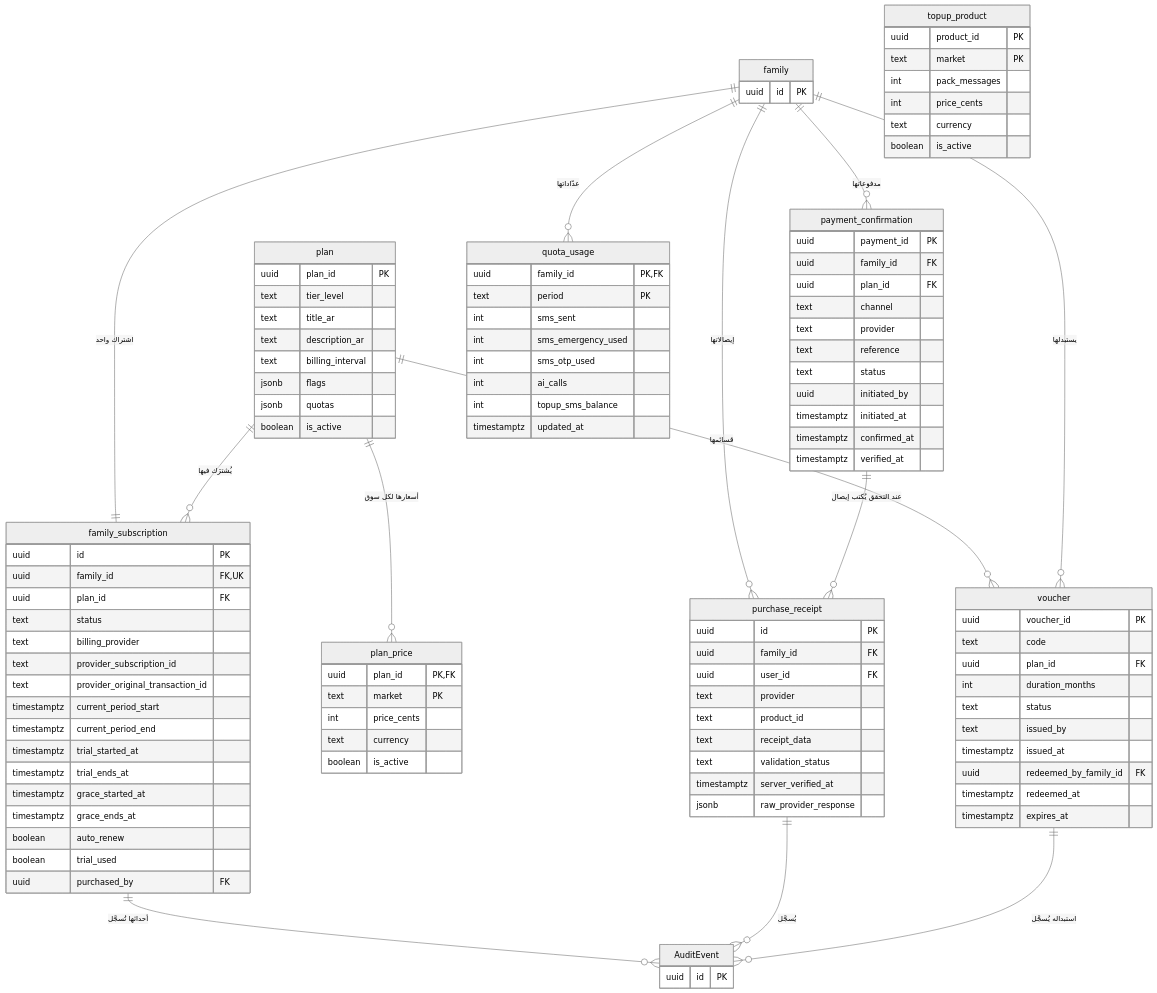
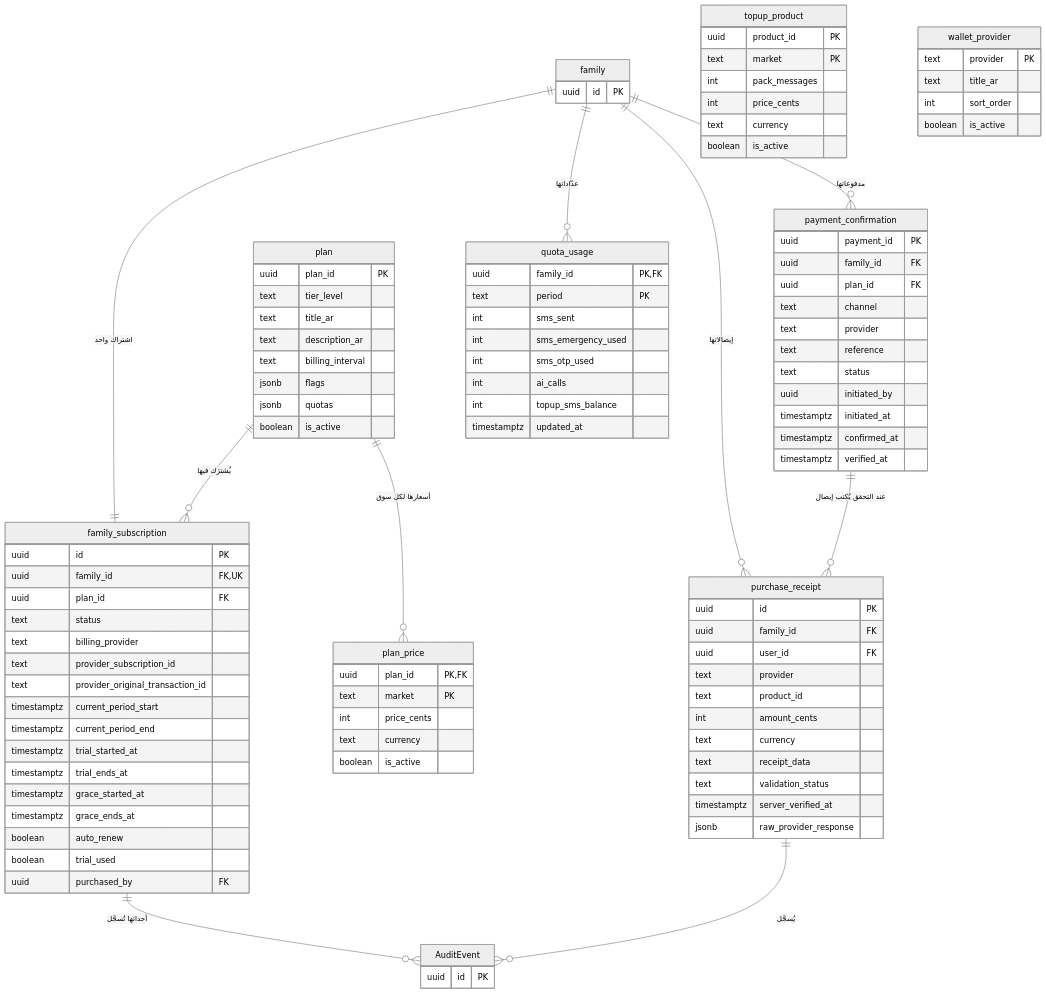
One commit to Bassam-mohammed-alqaeadi/family-os-v2 changed the second of 12 diagrams in docs/family-os/governance/phases/phase-1/S1-04-plans-and-subscriptions/DIAGRAMS.md. Above: the diagram before and after it, drawn with Mermaid (neutral theme). The commit also changed other lines of this file and 32 other files, not shown here.

```diff
--- a/docs/family-os/governance/phases/phase-1/S1-04-plans-and-subscriptions/DIAGRAMS.md
+++ b/docs/family-os/governance/phases/phase-1/S1-04-plans-and-subscriptions/DIAGRAMS.md
@@ -80,15 +75,12 @@
     family ||--|| family_subscription : "اشتراك واحد"
     plan ||--o{ family_subscription : "يُشترَك فيها"
     plan ||--o{ plan_price : "أسعارها لكل سوق"
-    plan ||--o{ voucher : "قسائمها"
     family ||--o{ purchase_receipt : "إيصالاتها"
     family ||--o{ payment_confirmation : "مدفوعاتها"
     payment_confirmation ||--o{ purchase_receipt : "عند التحقق يُكتب إيصال"
     family ||--o{ quota_usage : "عدّاداتها"
-    family ||--o{ voucher : "يستبدلها"
     family_subscription ||--o{ AuditEvent : "أحداثها تُسجَّل"
     purchase_receipt ||--o{ AuditEvent : "يُسجَّل"
-    voucher ||--o{ AuditEvent : "استبداله يُسجَّل"
 
     plan {
         uuid plan_id PK
@@ -139,6 +131,8 @@
         uuid user_id FK
         text provider
         text product_id
+        int amount_cents
+        text currency
         text receipt_data
         text validation_status
         timestamptz server_verified_at
@@ -157,17 +151,11 @@
         timestamptz confirmed_at
         timestamptz verified_at
     }
-    voucher {
-        uuid voucher_id PK
-        text code
-        uuid plan_id FK
-        int duration_months
-        text status
-        text issued_by
-        timestamptz issued_at
-        uuid redeemed_by_family_id FK
-        timestamptz redeemed_at
-        timestamptz expires_at
+    wallet_provider {
+        text provider PK
+        text title_ar
+        int sort_order
+        boolean is_active
     }
     quota_usage {
         uuid family_id PK, FK
```
